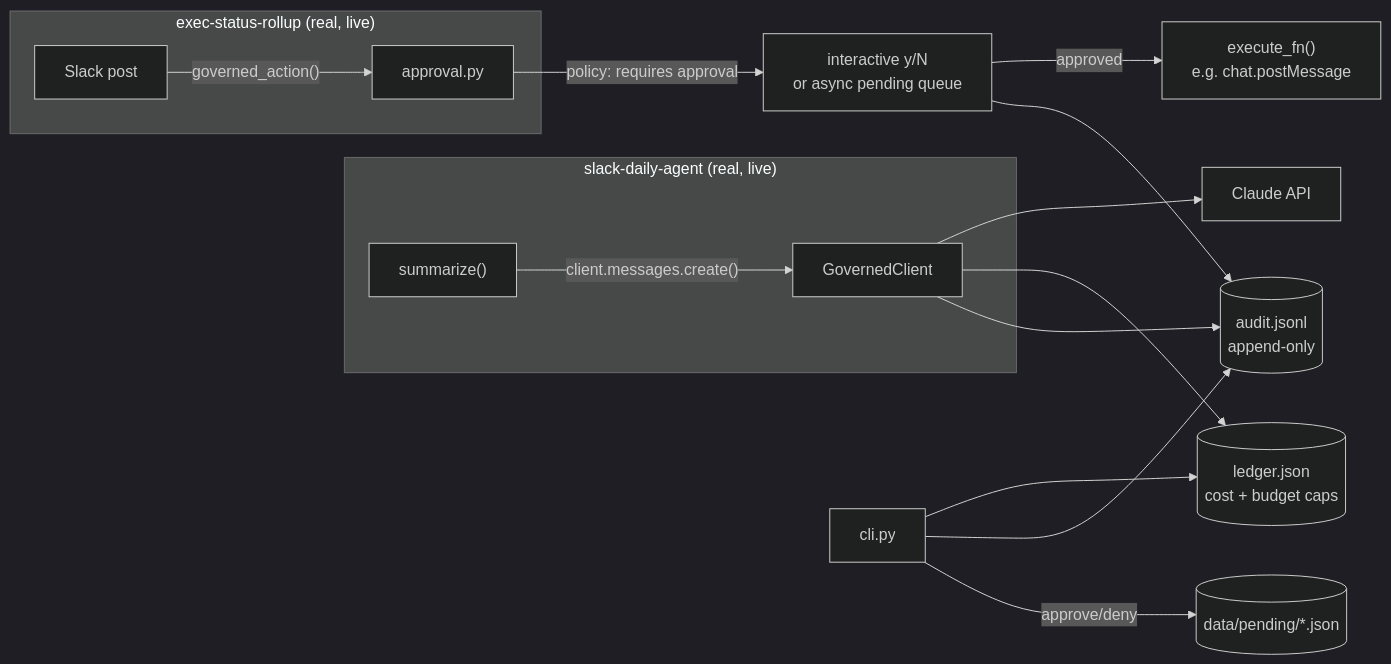
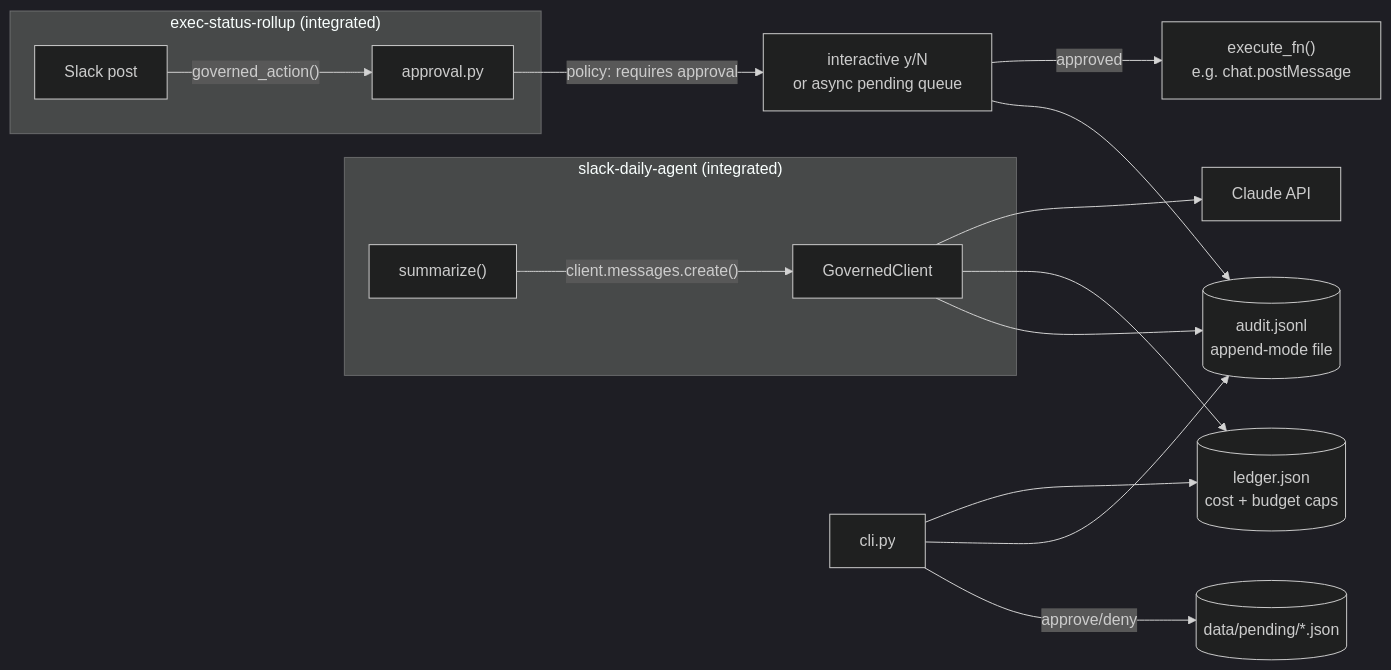
The diagram in README.md (PlainJane20/agent-control-tower), drawn with Mermaid (dark theme) before and after one commit. The commit also changed other lines of this file and 3 other files, not shown here.

````diff
--- a/README.md
+++ b/README.md
@@ -87,21 +87,21 @@
 ```mermaid
 flowchart LR
-    subgraph "slack-daily-agent (real, live)"
+    subgraph "slack-daily-agent (integrated)"
         SA["summarize()"] -->|"client.messages.create()"| GC1["GovernedClient"]
     end
-    subgraph "exec-status-rollup (real, live)"
+    subgraph "exec-status-rollup (integrated)"
         ER["Slack post"] -->|"governed_action()"| GA["approval.py"]
     end
 
     GC1 --> Claude["Claude API"]
     GC1 --> Ledger[("ledger.json<br/>cost + budget caps")]
-    GC1 --> Audit[("audit.jsonl<br/>append-only")]
+    GC1 --> Audit[("audit.jsonl<br/>append-mode file")]
 
     GA -->|policy: requires approval| Prompt["interactive y/N<br/>or async pending queue"]
     Prompt -->|approved| Execute["execute_fn()<br/>e.g. chat.postMessage"]
     Prompt --> Audit
 
     CLI["cli.py"] --> Ledger
     CLI --> Audit
     CLI -->|approve/deny| Pending[("data/pending/*.json")]
 ```
````
